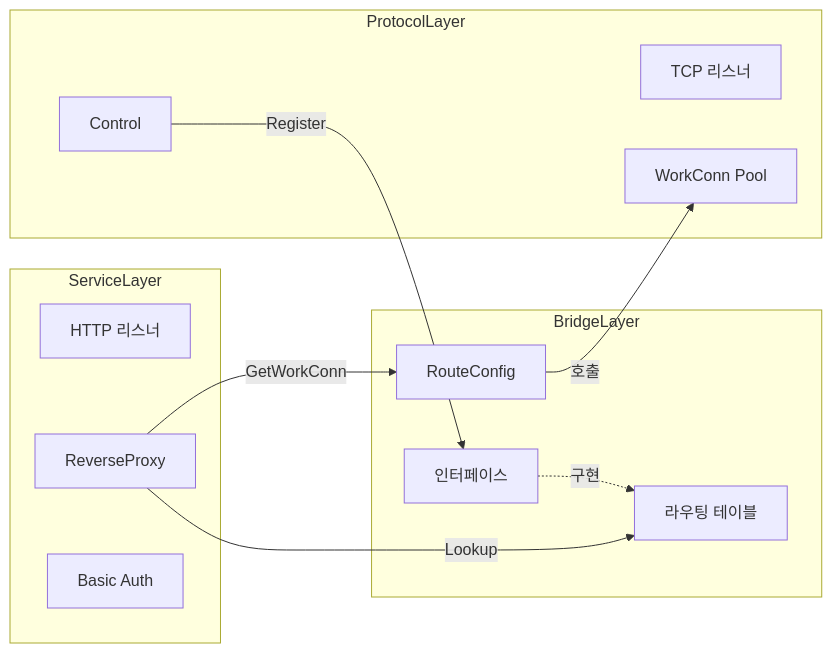
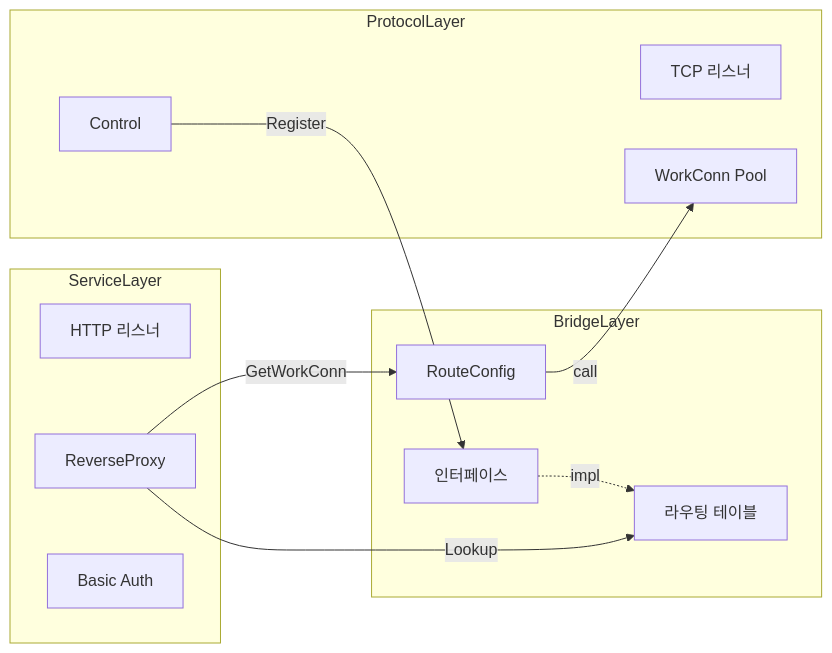
The fourth of 4 diagrams in docs/architecture/overview.md (cagojeiger/drp), drawn with Mermaid before and after one commit. The commit also changed other lines of this file and 2 other files, not shown here.

First line of the commit message:
fix(docs): fix Mermaid syntax for VS Code compatibility

````diff
--- a/docs/architecture/overview.md
+++ b/docs/architecture/overview.md
@@ -93,26 +93,26 @@
 ```mermaid
 graph LR
     subgraph ServiceLayer
         HTTP[HTTP 리스너]
         RP[ReverseProxy]
         Auth[Basic Auth]
     end
 
     subgraph BridgeLayer
         Router[라우팅 테이블]
         RC[RouteConfig]
         IF[인터페이스]
     end
 
     subgraph ProtocolLayer
         TCP[TCP 리스너]
         Ctrl[Control]
         Pool[WorkConn Pool]
     end
 
     RP -->|Lookup| Router
     Ctrl -->|Register| IF
-    IF -.->|구현| Router
+    IF -.->|impl| Router
     RP -->|GetWorkConn| RC
-    RC -->|호출| Pool
+    RC -->|call| Pool
 ```
````
